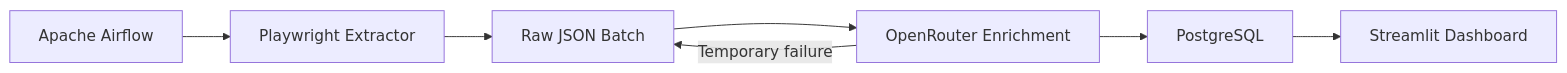
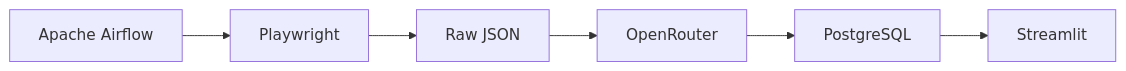
One commit to HojjatKamyabi/Linkedin_Market_Analysis changed the diagram in README.md. Above: the diagram before and after it, drawn with Mermaid. The commit also changed other lines of this file and 8 other files, not shown here.

````diff
--- a/README.md
+++ b/README.md
@@ -7,9 +35,8 @@
 ```mermaid
 flowchart LR
-    A[Apache Airflow] --> B[Playwright Extractor]
-    B --> C[Raw JSON Batch]
-    C --> D[OpenRouter Enrichment]
+    A[Apache Airflow] --> B[Playwright]
+    B --> C[Raw JSON]
+    C --> D[OpenRouter]
     D --> E[PostgreSQL]
-    E --> F[Streamlit Dashboard]
-    D -->|Temporary failure| C
+    E --> F[Streamlit]
 ```
````
